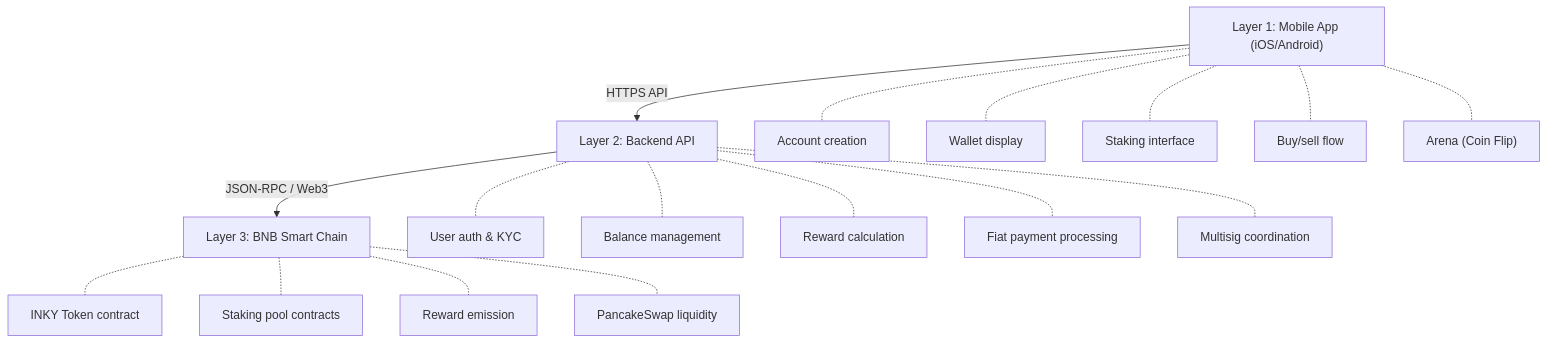
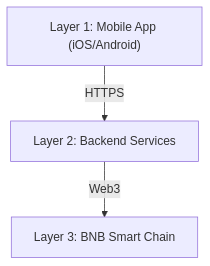
One commit to patrick-rayner/documentationai-Docs changed the diagram in introduction/architecture.mdx. Above: the diagram before and after it, drawn with Mermaid. The commit also changed other lines of this file and 2 other files, not shown here.

First line of the commit message:
Refactor docs: simplify architecture & contracts

````diff
--- a/introduction/architecture.mdx
+++ b/introduction/architecture.mdx
@@ -10,19 +10,5 @@
 ```mermaid
 graph TD
-    A["Layer 1: Mobile App (iOS/Android)"] -->|HTTPS API| B["Layer 2: Backend API"]
-    B -->|"JSON-RPC / Web3"| C["Layer 3: BNB Smart Chain"]
-    A -.- A1["Account creation"]
-    A -.- A2["Wallet display"]
-    A -.- A3["Staking interface"]
-    A -.- A4["Buy/sell flow"]
-    A -.- A5["Arena (Coin Flip)"]
-    B -.- B1["User auth & KYC"]
-    B -.- B2["Balance management"]
-    B -.- B3["Reward calculation"]
-    B -.- B4["Fiat payment processing"]
-    B -.- B5["Multisig coordination"]
-    C -.- C1["INKY Token contract"]
-    C -.- C2["Staking pool contracts"]
-    C -.- C3["Reward emission"]
-    C -.- C4["PancakeSwap liquidity"]
+    A["Layer 1: Mobile App (iOS/Android)"] -->|HTTPS| B["Layer 2: Backend Services"]
+    B -->|"Web3"| C["Layer 3: BNB Smart Chain"]
 ```
````
